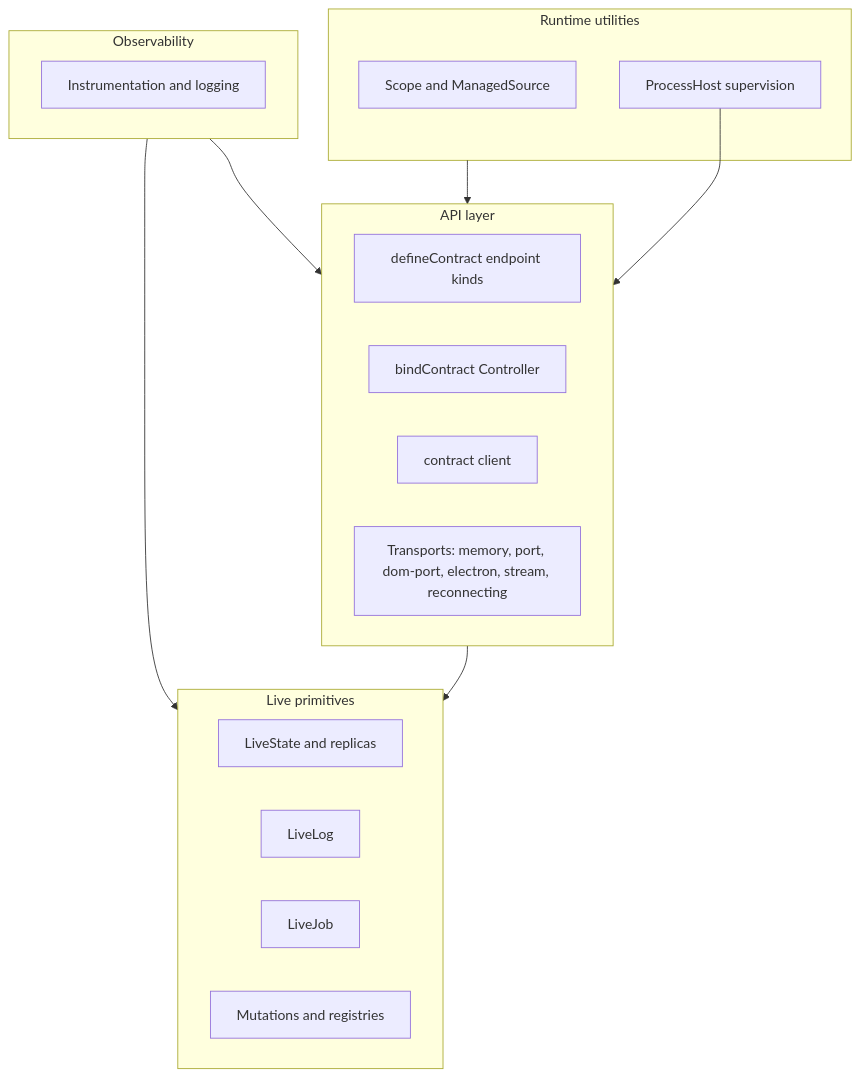
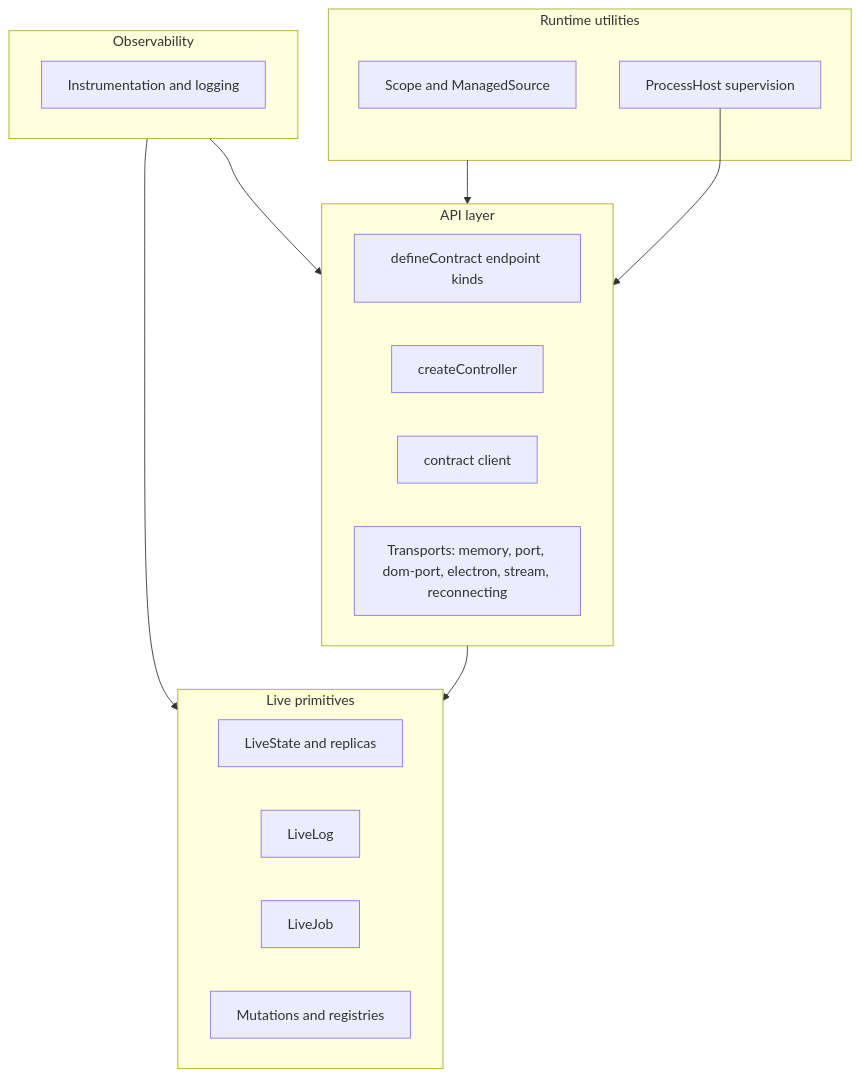
One commit to luisKisters/emdash changed the diagram in packages/wire/docs/README.md. Above: the diagram before and after it, drawn with Mermaid. The commit also changed other lines of this file and 48 other files, not shown here.

````diff
--- a/packages/wire/docs/README.md
+++ b/packages/wire/docs/README.md
@@ -9,26 +9,26 @@
 ```mermaid
 flowchart TB
   subgraph runtime [Runtime utilities]
     scope[Scope and ManagedSource]
     processHost[ProcessHost supervision]
   end
   subgraph api [API layer]
     contracts[defineContract endpoint kinds]
-    bind[bindContract Controller]
+    controller[createController]
     client[contract client]
     transports[Transports: memory, port, dom-port, electron, stream, reconnecting]
   end
   subgraph live [Live primitives]
     model[LiveState and replicas]
     log[LiveLog]
     job[LiveJob]
     mutations[Mutations and registries]
   end
   subgraph observability [Observability]
     instrumentation[Instrumentation and logging]
   end
   runtime --> api --> live
   observability --> api
   observability --> live
   processHost --> api
 ```
````
